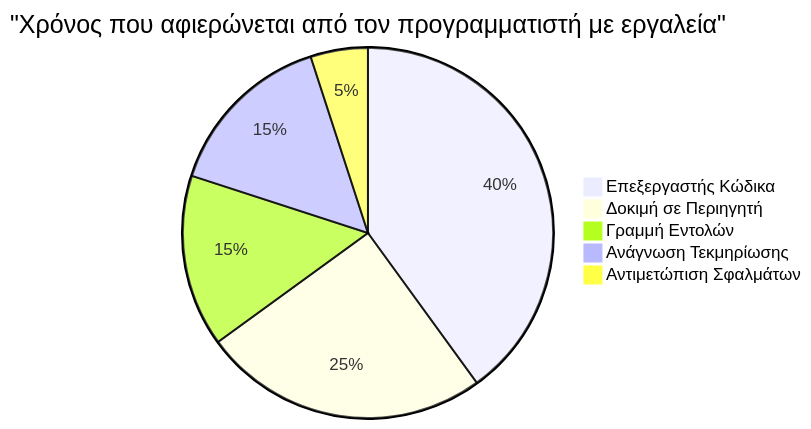
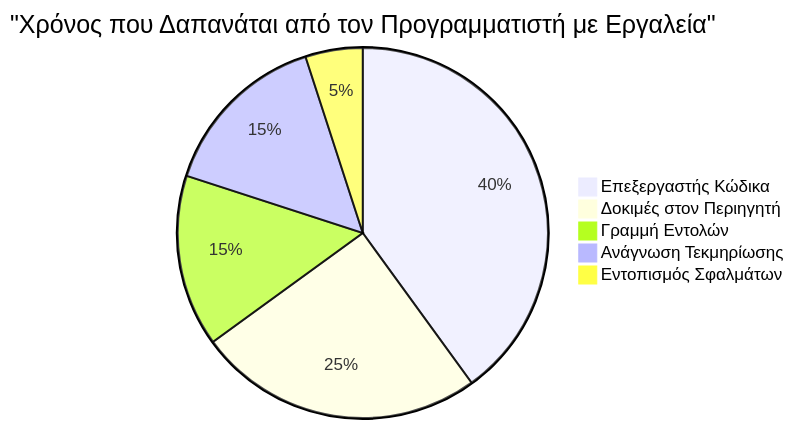
Before and after one commit to microsoft/Web-Dev-For-Beginners: the sixth of 7 diagrams in translations/el/1-getting-started-lessons/1-intro-to-programming-languages/README.md, drawn with Mermaid. The commit also changed other lines of this file and 11 other files, not shown here.

````diff
--- a/translations/el/1-getting-started-lessons/1-intro-to-programming-languages/README.md
+++ b/translations/el/1-getting-started-lessons/1-intro-to-programming-languages/README.md
@@ -710,8 +713,8 @@
 ```mermaid
-pie title "Χρόνος που αφιερώνεται από τον προγραμματιστή με εργαλεία"
+pie title "Χρόνος που Δαπανάται από τον Προγραμματιστή με Εργαλεία"
     "Επεξεργαστής Κώδικα" : 40
-    "Δοκιμή σε Περιηγητή" : 25
+    "Δοκιμές στον Περιηγητή" : 25
     "Γραμμή Εντολών" : 15
     "Ανάγνωση Τεκμηρίωσης" : 15
-    "Αντιμετώπιση Σφαλμάτων" : 5
+    "Εντοπισμός Σφαλμάτων" : 5
 ```
````
